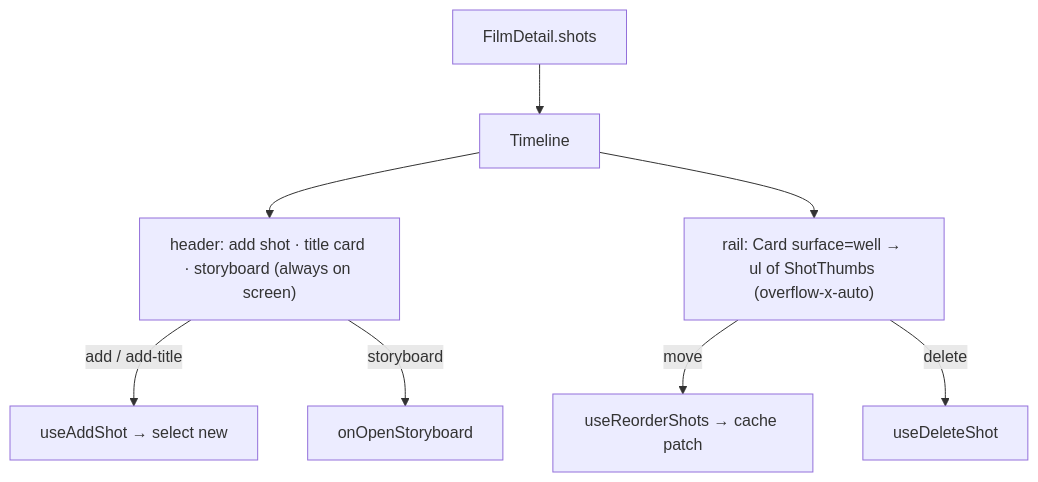
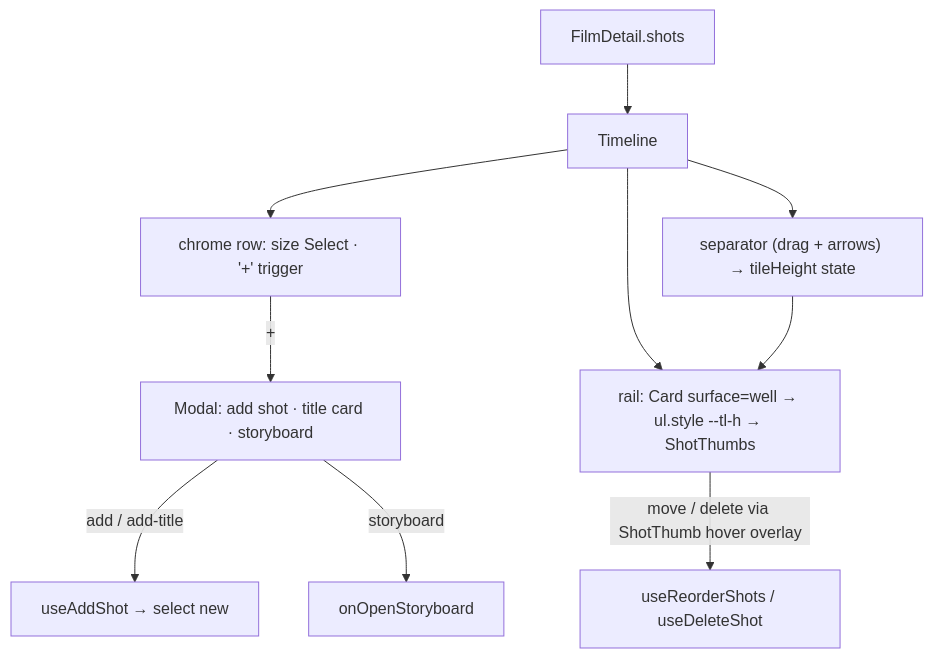
The diagram in apps/web/src/modules/Cinema/components/Timeline.tsx.md (AzamatRaimbekov2/openCreate), drawn with Mermaid before and after one commit. The commit also changed other lines of this file and 68 other files, not shown here.

````diff
--- a/apps/web/src/modules/Cinema/components/Timeline.tsx.md
+++ b/apps/web/src/modules/Cinema/components/Timeline.tsx.md
@@ -29,10 +36,12 @@
 ```mermaid
 flowchart TD
   FILM[FilmDetail.shots] --> T[Timeline]
-  T --> H["header: add shot · title card · storyboard (always on screen)"]
-  T --> R["rail: Card surface=well → ul of ShotThumbs (overflow-x-auto)"]
-  H -->|add / add-title| ADD[useAddShot → select new]
-  H -->|storyboard| SB[onOpenStoryboard]
-  R -->|move| RE[useReorderShots → cache patch]
-  R -->|delete| DEL[useDeleteShot]
+  T --> H["chrome row: size Select · '+' trigger"]
+  H -->|"+"| DLG["Modal: add shot · title card · storyboard"]
+  DLG -->|add / add-title| ADD[useAddShot → select new]
+  DLG -->|storyboard| SB[onOpenStoryboard]
+  T --> R["rail: Card surface=well → ul.style --tl-h → ShotThumbs"]
+  T --> SEP["separator (drag + arrows) → tileHeight state"]
+  SEP --> R
+  R -->|move / delete via ShotThumb hover overlay| MUT[useReorderShots / useDeleteShot]
 ```
````
